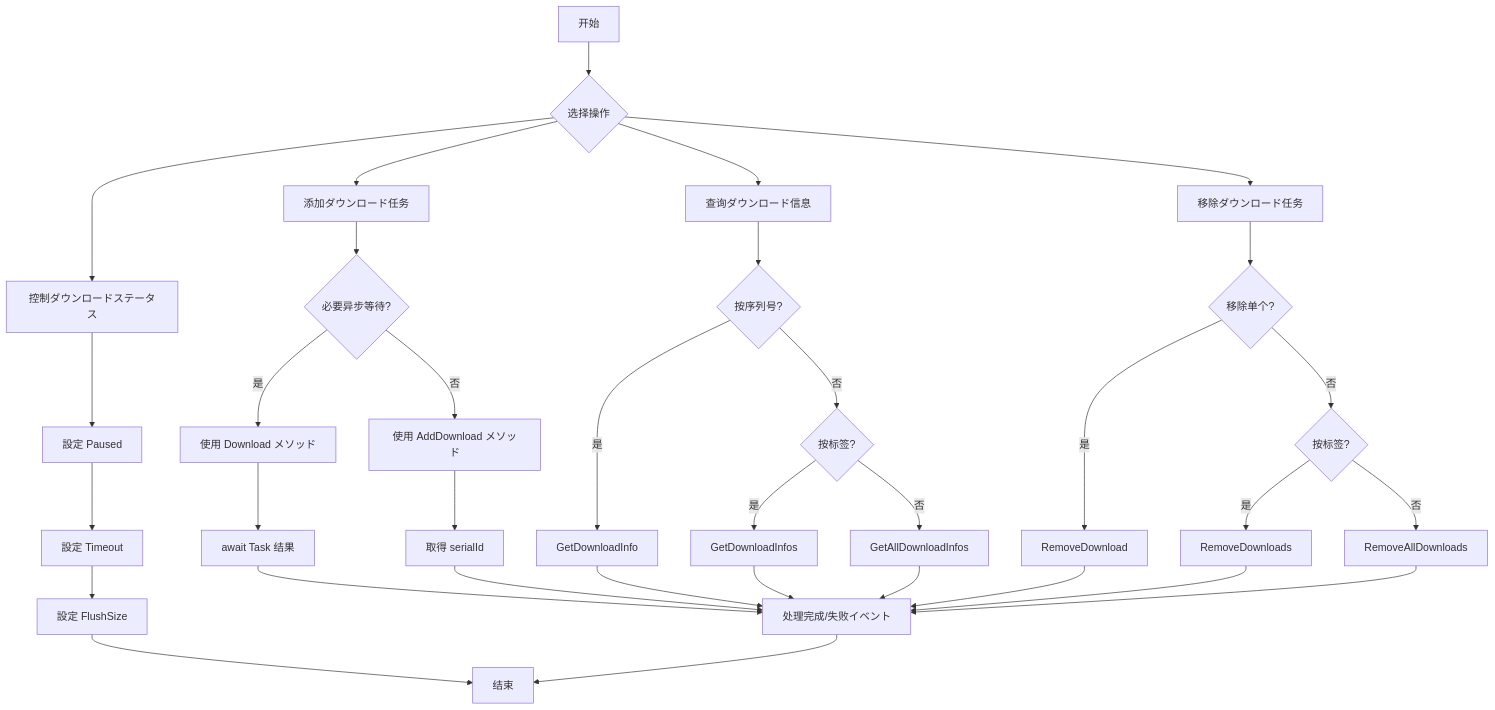
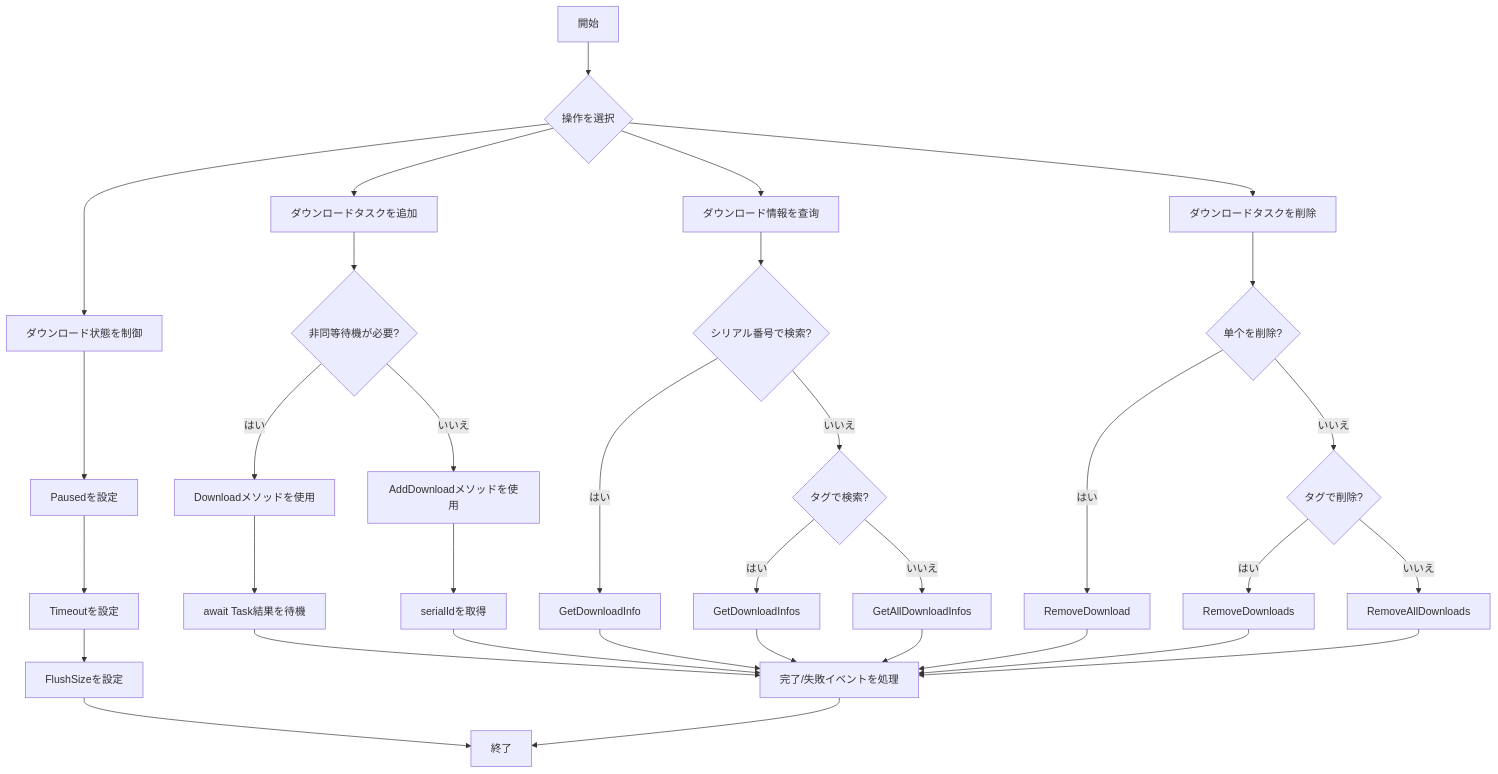
Before and after one commit to AlianBlank/GameFrameX.Docs: the diagram in docs/ja/client/unity/component/download/10.methods.md, drawn with Mermaid. The commit also changed other lines of this file and 320 other files, not shown here.

````diff
--- a/docs/ja/client/unity/component/download/10.methods.md
+++ b/docs/ja/client/unity/component/download/10.methods.md
@@ -408,43 +408,43 @@
 ```mermaid
 flowchart TD
-    A[开始] --> B{选择操作}
-    
-    B --> C1[添加ダウンロード任务]
-    B --> C2[查询ダウンロード信息]
-    B --> C3[移除ダウンロード任务]
-    B --> C4[控制ダウンロードステータス]
-    
-    C1 --> C1a{必要异步等待?}
-    C1a -->|是| C1b[使用 Download メソッド]
-    C1a -->|否| C1c[使用 AddDownload メソッド]
-    
-    C1b --> D1[await Task 结果]
-    C1c --> D2[取得 serialId]
-    
-    C2 --> C2a{按序列号?}
-    C2a -->|是| D3[GetDownloadInfo]
-    C2a -->|否| C2b{按标签?}
-    C2b -->|是| D4[GetDownloadInfos]
-    C2b -->|否| D5[GetAllDownloadInfos]
-    
-    C3 --> C3a{移除单个?}
-    C3a -->|是| D6[RemoveDownload]
-    C3a -->|否| C3b{按标签?}
-    C3b -->|是| D7[RemoveDownloads]
-    C3b -->|否| D8[RemoveAllDownloads]
-    
-    C4 --> C4a[設定 Paused]
-    C4a --> C4b[設定 Timeout]
-    C4b --> C4c[設定 FlushSize]
-    
-    D1 --> E[处理完成/失败イベント]
+    A[開始] --> B{操作を選択}
+
+    B --> C1[ダウンロードタスクを追加]
+    B --> C2[ダウンロード情報を查询]
+    B --> C3[ダウンロードタスクを削除]
+    B --> C4[ダウンロード状態を制御]
+
+    C1 --> C1a{非同等待機が必要?}
+    C1a -->|はい| C1b[Downloadメソッドを使用]
+    C1a -->|いいえ| C1c[AddDownloadメソッドを使用]
+
+    C1b --> D1[await Task結果を待機]
+    C1c --> D2[serialIdを取得]
+
+    C2 --> C2a{シリアル番号で検索?}
+    C2a -->|はい| D3[GetDownloadInfo]
+    C2a -->|いいえ| C2b{タグで検索?}
+    C2b -->|はい| D4[GetDownloadInfos]
+    C2b -->|いいえ| D5[GetAllDownloadInfos]
+
+    C3 --> C3a{单个を削除?}
+    C3a -->|はい| D6[RemoveDownload]
+    C3a -->|いいえ| C3b{タグで削除?}
+    C3b -->|はい| D7[RemoveDownloads]
+    C3b -->|いいえ| D8[RemoveAllDownloads]
+
+    C4 --> C4a[Pausedを設定]
+    C4a --> C4b[Timeoutを設定]
+    C4b --> C4c[FlushSizeを設定]
+
+    D1 --> E[完了/失敗イベントを処理]
     D2 --> E
     D3 --> E
     D4 --> E
     D5 --> E
     D6 --> E
     D7 --> E
     D8 --> E
-    C4c --> F[结束]
+    C4c --> F[終了]
     E --> F
 ```
````
